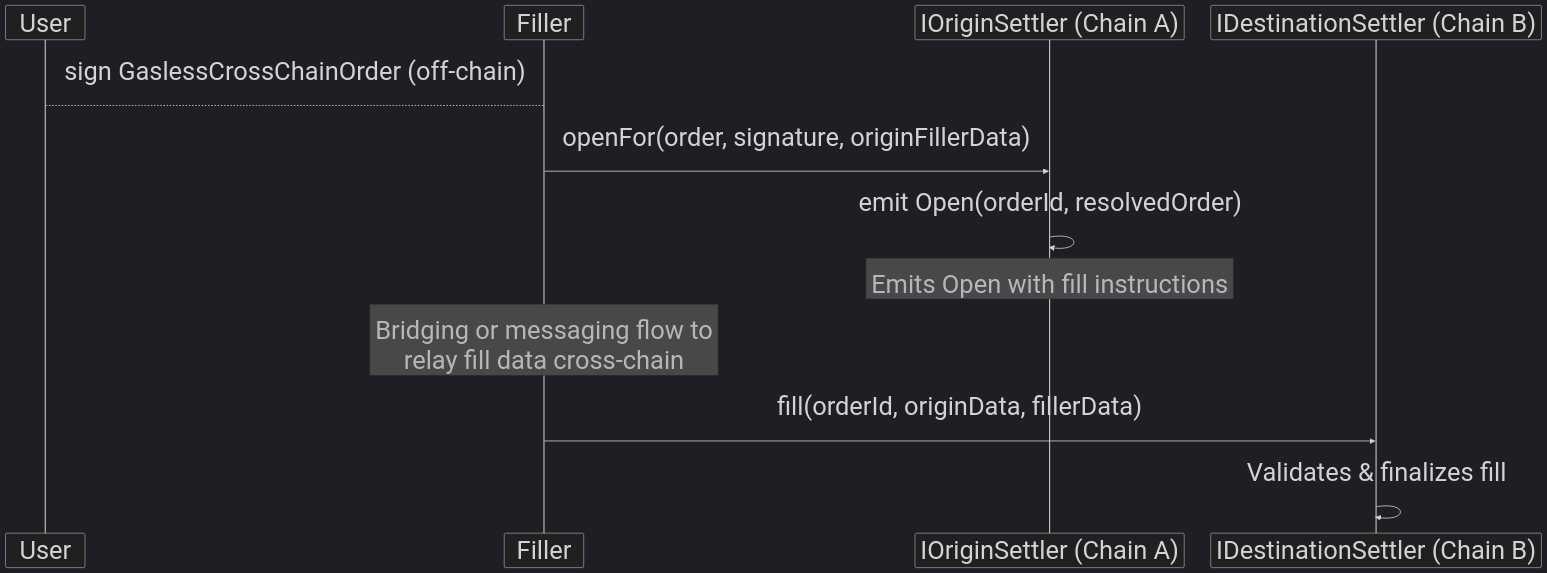
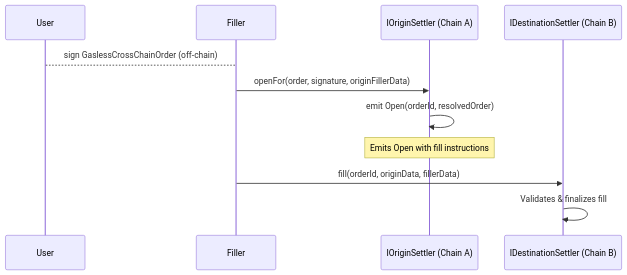
Before and after one commit to ethereum/L2-interop: the first of 3 diagrams in docs/intents/intent-types.md, drawn with Mermaid. The commit also changed other lines of this file, not shown here.

Commit message:
adjust mermaids

````diff
--- a/docs/intents/intent-types.md
+++ b/docs/intents/intent-types.md
@@ -17,22 +17,15 @@
 ```mermaid
----
-config:
-  theme: dark
-  fontSize: 48
----
-
 sequenceDiagram
     participant User
     participant Filler
     participant OriginSettler as IOriginSettler (Chain A)
     participant DestinationSettler as IDestinationSettler (Chain B)
 
     User-->Filler: sign GaslessCrossChainOrder (off-chain)
     Filler->>OriginSettler: openFor(order, signature, originFillerData)
     OriginSettler->>OriginSettler: emit Open(orderId, resolvedOrder)
     Note over OriginSettler: Emits Open with fill instructions
-    Note over Filler: Bridging or messaging flow to <br/> relay fill data cross-chain
 
     Filler->>DestinationSettler: fill(orderId, originData, fillerData)
     DestinationSettler->>DestinationSettler: Validates & finalizes fill
 ```
````
